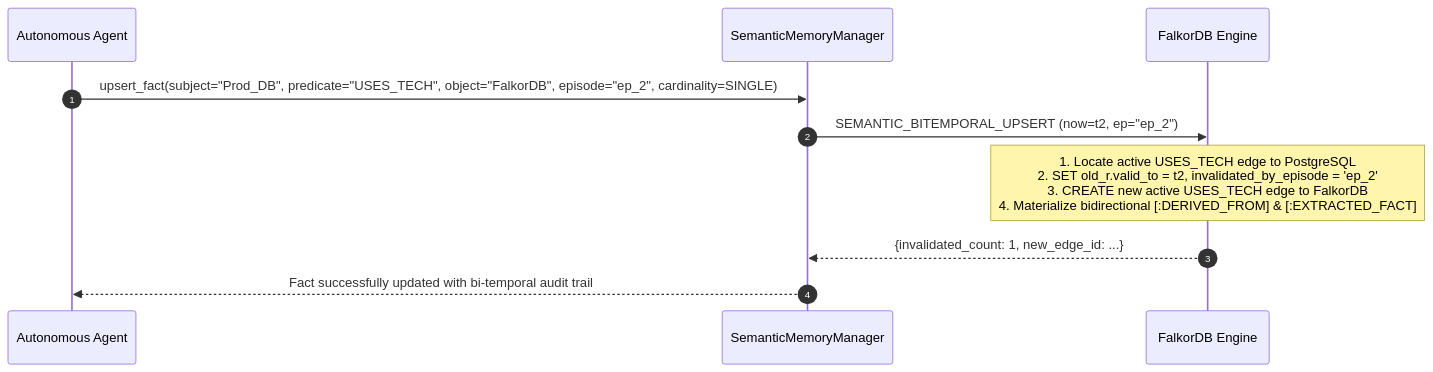
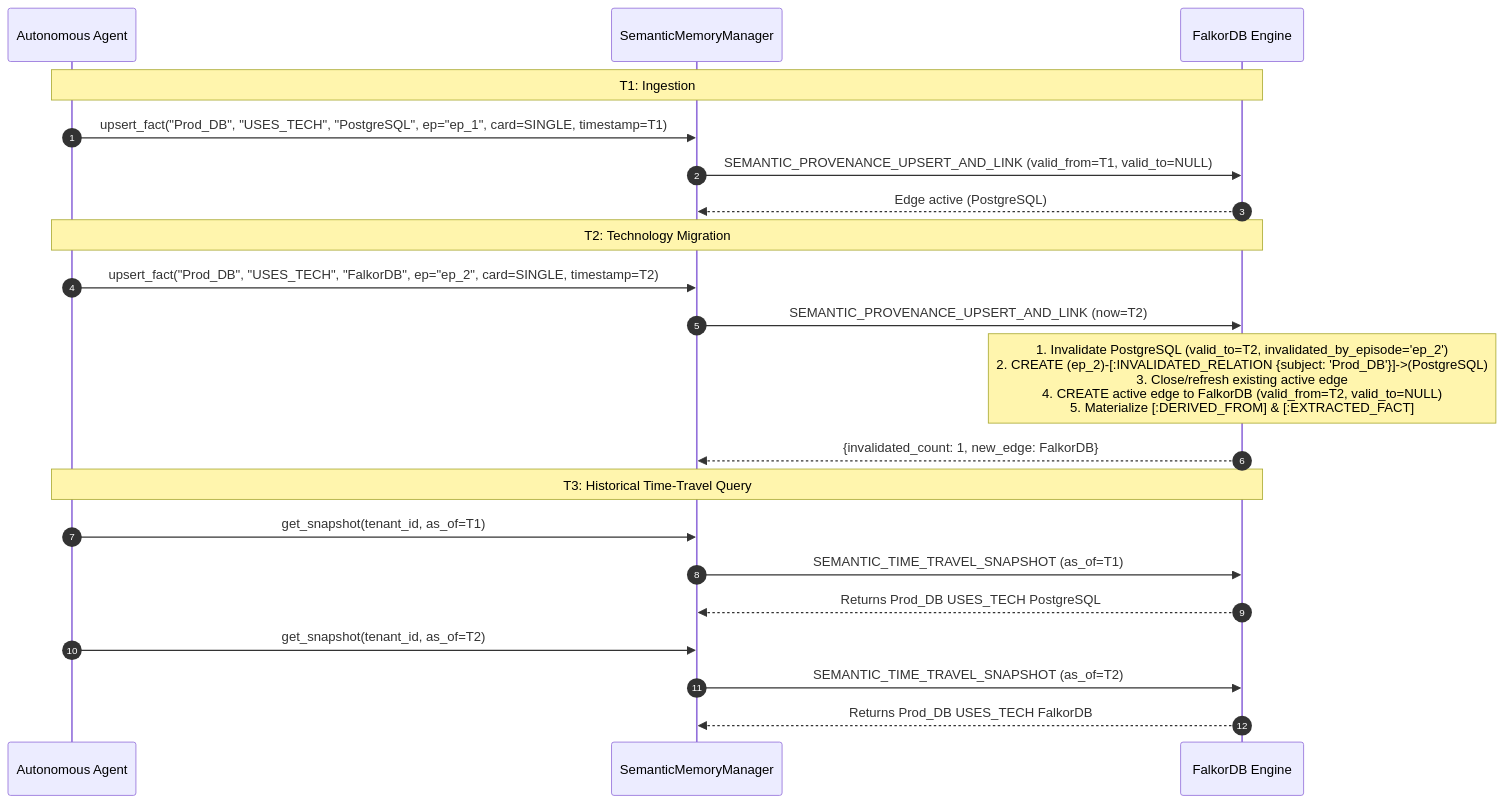
Before and after one commit to RitwikGupta-0501/agentic-memory: the sixth of 8 diagrams in docs/SEMANTIC_MEMORY_PLAN.md, drawn with Mermaid. The commit also changed other lines of this file, not shown here.

Commit message:
docs: record Semantic Memory Phase 3 completion in master tracking plan

````diff
--- a/docs/SEMANTIC_MEMORY_PLAN.md
+++ b/docs/SEMANTIC_MEMORY_PLAN.md
@@ -481,13 +483,27 @@
 ```mermaid
 sequenceDiagram
     autonumber
     participant Agent as Autonomous Agent
     participant Manager as SemanticMemoryManager
     participant Falkor as FalkorDB Engine
 
-    Agent->>Manager: upsert_fact(subject="Prod_DB", predicate="USES_TECH", object="FalkorDB", episode="ep_2", cardinality=SINGLE)
-    Manager->>Falkor: SEMANTIC_BITEMPORAL_UPSERT (now=t2, ep="ep_2")
-    Note over Falkor: 1. Locate active USES_TECH edge to PostgreSQL<br/>2. SET old_r.valid_to = t2, invalidated_by_episode = 'ep_2'<br/>3. CREATE new active USES_TECH edge to FalkorDB<br/>4. Materialize bidirectional [:DERIVED_FROM] & [:EXTRACTED_FACT]
-    Falkor-->>Manager: {invalidated_count: 1, new_edge_id: ...}
-    Manager-->>Agent: Fact successfully updated with bi-temporal audit trail
+    Note over Agent, Falkor: T1: Ingestion
+    Agent->>Manager: upsert_fact("Prod_DB", "USES_TECH", "PostgreSQL", ep="ep_1", card=SINGLE, timestamp=T1)
+    Manager->>Falkor: SEMANTIC_PROVENANCE_UPSERT_AND_LINK (valid_from=T1, valid_to=NULL)
+    Falkor-->>Manager: Edge active (PostgreSQL)
+
+    Note over Agent, Falkor: T2: Technology Migration
+    Agent->>Manager: upsert_fact("Prod_DB", "USES_TECH", "FalkorDB", ep="ep_2", card=SINGLE, timestamp=T2)
+    Manager->>Falkor: SEMANTIC_PROVENANCE_UPSERT_AND_LINK (now=T2)
+    Note over Falkor: 1. Invalidate PostgreSQL (valid_to=T2, invalidated_by_episode='ep_2')<br/>2. CREATE (ep_2)-[:INVALIDATED_RELATION {subject: 'Prod_DB'}]->(PostgreSQL)<br/>3. Close/refresh existing active edge<br/>4. CREATE active edge to FalkorDB (valid_from=T2, valid_to=NULL)<br/>5. Materialize [:DERIVED_FROM] & [:EXTRACTED_FACT]
+    Falkor-->>Manager: {invalidated_count: 1, new_edge: FalkorDB}
+
+    Note over Agent, Falkor: T3: Historical Time-Travel Query
+    Agent->>Manager: get_snapshot(tenant_id, as_of=T1)
+    Manager->>Falkor: SEMANTIC_TIME_TRAVEL_SNAPSHOT (as_of=T1)
+    Falkor-->>Manager: Returns Prod_DB USES_TECH PostgreSQL
+    
+    Agent->>Manager: get_snapshot(tenant_id, as_of=T2)
+    Manager->>Falkor: SEMANTIC_TIME_TRAVEL_SNAPSHOT (as_of=T2)
+    Falkor-->>Manager: Returns Prod_DB USES_TECH FalkorDB
 ```
````
